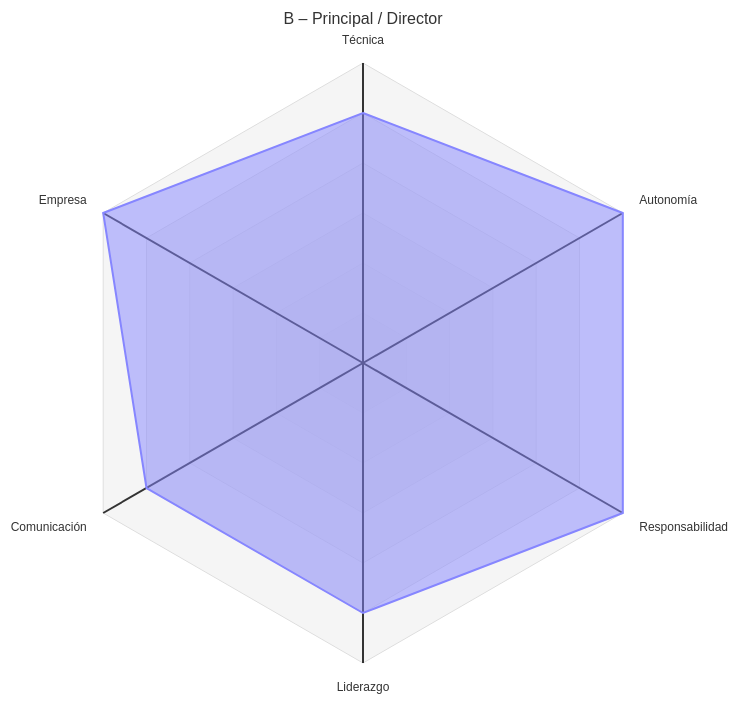
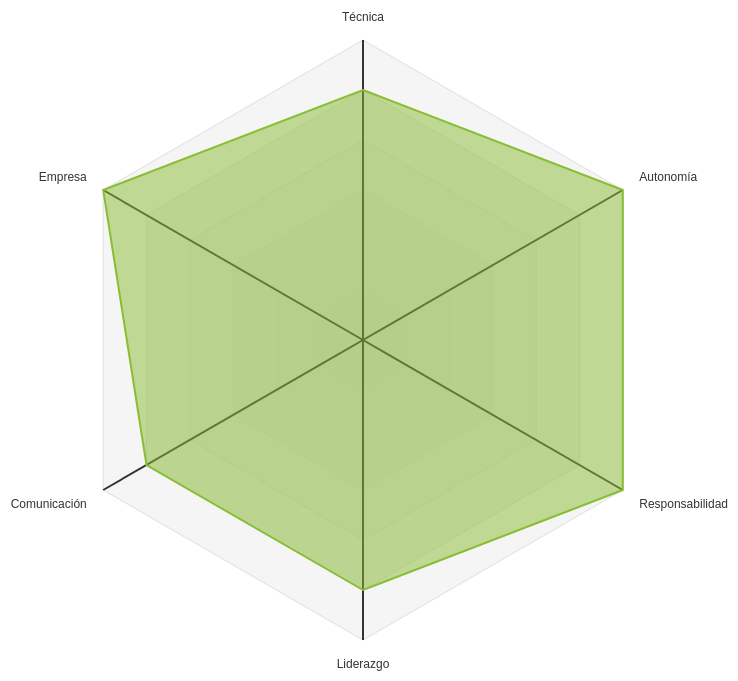
One commit to javigallego-tech/carrera-profesional-ti changed the eighth of 9 diagrams in perfiles-por-nivel.md. Above: the diagram before and after it, drawn with Mermaid. The commit also changed other lines of this file and 1 other file, not shown here.

````diff
--- a/perfiles-por-nivel.md
+++ b/perfiles-por-nivel.md
@@ -123,13 +130,14 @@
 ```mermaid
 ---
-title: "B – Principal / Director"
+config:
+  themeVariables:
+    cScale0: "#89BE34"
 ---
 radar-beta
   axis t["Técnica"], a["Autonomía"], r["Responsabilidad"], l["Liderazgo"], c["Comunicación"], e["Empresa"]
   curve n["Mínimo"]{5, 6, 6, 5, 5, 6}
   max 6
-  min 0
   ticks 6
   graticule polygon
   showLegend false
 ```
````
